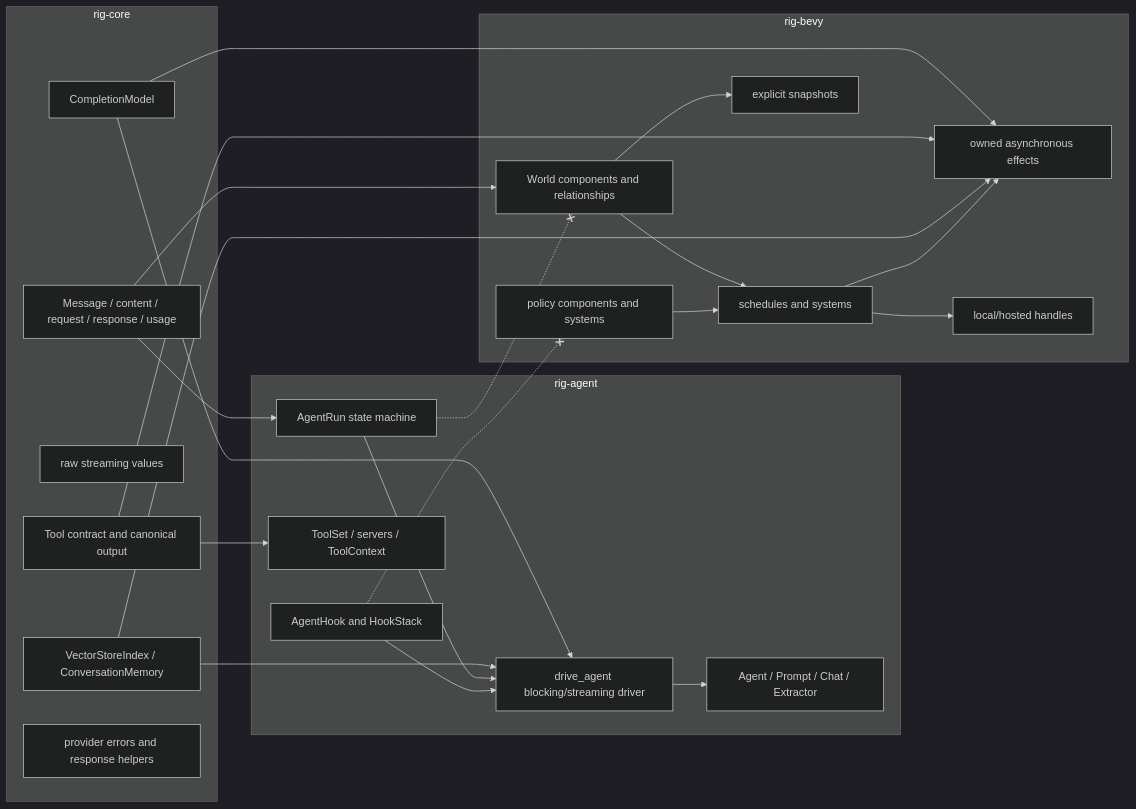
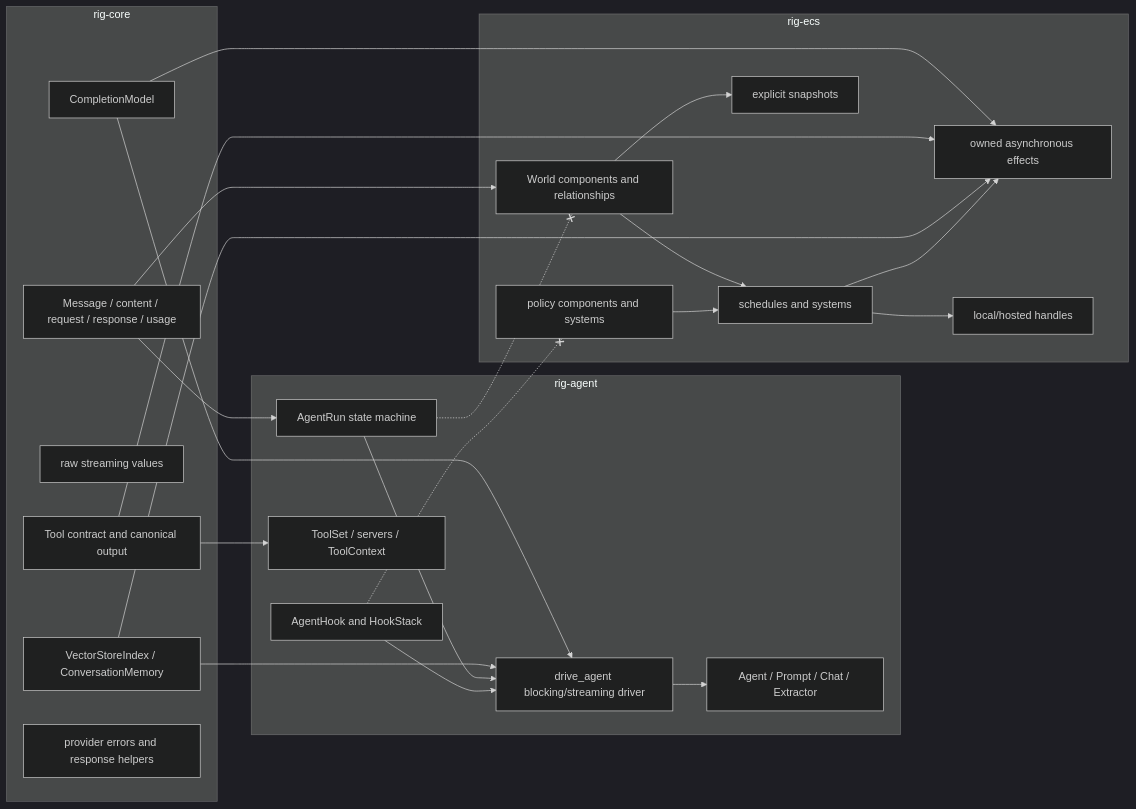
Before and after one commit to 0xPlaygrounds/rig: the fourth of 7 diagrams in docs/architecture/rig-runtime-split/README.md, drawn with Mermaid (dark theme). The commit also changed other lines of this file and 335 other files, not shown here.

First line of the commit message:
refactor: rename rig-bevy to rig-ecs and keep CompletionClient construction

````diff
--- a/docs/architecture/rig-runtime-split/README.md
+++ b/docs/architecture/rig-runtime-split/README.md
@@ -257,49 +257,49 @@
 ```mermaid
 flowchart LR
     subgraph core[rig-core]
       model[CompletionModel]
       values[Message / content / request / response / usage]
       rawstream[raw streaming values]
       tool[Tool contract and canonical output]
       stores[VectorStoreIndex / ConversationMemory]
       transport[provider errors and response helpers]
     end
 
     subgraph agent[rig-agent]
       classic_state[AgentRun state machine]
       classic_drive[drive_agent blocking/streaming driver]
       classic_hooks[AgentHook and HookStack]
       classic_tools[ToolSet / servers / ToolContext]
       classic_facade[Agent / Prompt / Chat / Extractor]
     end
 
-    subgraph bevy[rig-bevy]
+    subgraph ecs[rig-ecs]
       world[World components and relationships]
       schedule[schedules and systems]
       effects[owned asynchronous effects]
       policies[policy components and systems]
       handles[local/hosted handles]
       persistence[explicit snapshots]
     end
 
     model --> classic_drive
     values --> classic_state
     tool --> classic_tools
     stores --> classic_drive
     classic_state --> classic_drive
     classic_hooks --> classic_drive
     classic_drive --> classic_facade
 
     model --> effects
     values --> world
     tool --> effects
     stores --> effects
     world --> schedule
     policies --> schedule
     schedule --> effects
     schedule --> handles
     world --> persistence
 
     classic_state -.-x world
     classic_hooks -.-x policies
 ```
````
